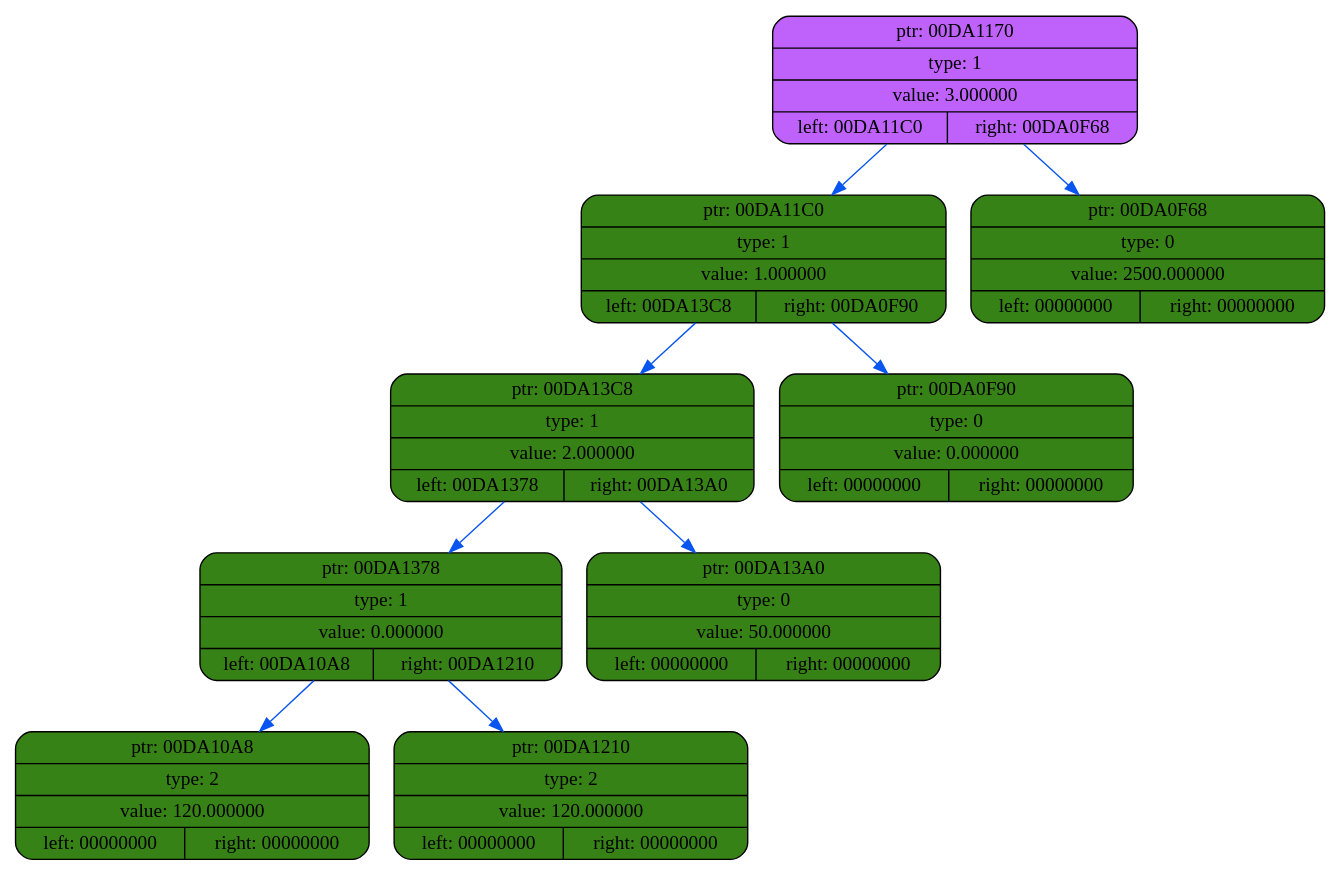
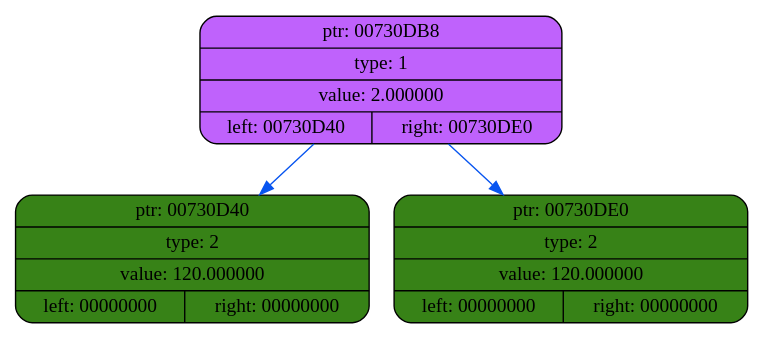
One commit to coffee8cat/differentiator changed the diagram in dump/dump4.dot. Above: the diagram before and after it, drawn with Graphviz. The commit also changed 23 other files, not shown here.

```diff
--- a/dump/dump4.dot
+++ b/dump/dump4.dot
@@ -1,22 +1,10 @@
 digraph
 {
     rankdir=TP
 
-        node00DA1170[shape=record,style="rounded,filled",fillcolor="#BF62FC",label="{ ptr: 00DA1170 | type: 1 | value: 3.000000| { left: 00DA11C0 | right: 00DA0F68 }}"];
-    node00DA1170 -> node00DA11C0[color="#0855F0"]
-    node00DA11C0[shape=record,style="rounded,filled",fillcolor="#378217",label="{ ptr: 00DA11C0 | type: 1 | value: 1.000000| { left: 00DA13C8 | right: 00DA0F90 }}"];
-    node00DA11C0 -> node00DA13C8[color="#0855F0"]
-    node00DA13C8[shape=record,style="rounded,filled",fillcolor="#378217",label="{ ptr: 00DA13C8 | type: 1 | value: 2.000000| { left: 00DA1378 | right: 00DA13A0 }}"];
-    node00DA13C8 -> node00DA1378[color="#0855F0"]
-    node00DA1378[shape=record,style="rounded,filled",fillcolor="#378217",label="{ ptr: 00DA1378 | type: 1 | value: 0.000000| { left: 00DA10A8 | right: 00DA1210 }}"];
-    node00DA1378 -> node00DA10A8[color="#0855F0"]
-    node00DA10A8[shape=record,style="rounded,filled",fillcolor="#378217",label="{ ptr: 00DA10A8 | type: 2 | value: 120.000000| { left: 00000000 | right: 00000000 }}"];
-    node00DA1378 -> node00DA1210[color="#0855F0"]
-    node00DA1210[shape=record,style="rounded,filled",fillcolor="#378217",label="{ ptr: 00DA1210 | type: 2 | value: 120.000000| { left: 00000000 | right: 00000000 }}"];
-    node00DA13C8 -> node00DA13A0[color="#0855F0"]
-    node00DA13A0[shape=record,style="rounded,filled",fillcolor="#378217",label="{ ptr: 00DA13A0 | type: 0 | value: 50.000000| { left: 00000000 | right: 00000000 }}"];
-    node00DA11C0 -> node00DA0F90[color="#0855F0"]
-    node00DA0F90[shape=record,style="rounded,filled",fillcolor="#378217",label="{ ptr: 00DA0F90 | type: 0 | value: 0.000000| { left: 00000000 | right: 00000000 }}"];
-    node00DA1170 -> node00DA0F68[color="#0855F0"]
-    node00DA0F68[shape=record,style="rounded,filled",fillcolor="#378217",label="{ ptr: 00DA0F68 | type: 0 | value: 2500.000000| { left: 00000000 | right: 00000000 }}"];
+        node00730DB8[shape=record,style="rounded,filled",fillcolor="#BF62FC",label="{ ptr: 00730DB8 | type: 1 | value: 2.000000| { left: 00730D40 | right: 00730DE0 }}"];
+    node00730DB8 -> node00730D40[color="#0855F0"]
+    node00730D40[shape=record,style="rounded,filled",fillcolor="#378217",label="{ ptr: 00730D40 | type: 2 | value: 120.000000| { left: 00000000 | right: 00000000 }}"];
+    node00730DB8 -> node00730DE0[color="#0855F0"]
+    node00730DE0[shape=record,style="rounded,filled",fillcolor="#378217",label="{ ptr: 00730DE0 | type: 2 | value: 120.000000| { left: 00000000 | right: 00000000 }}"];
 }
```
